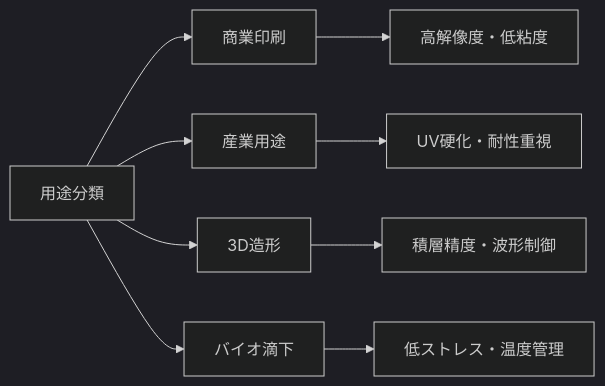
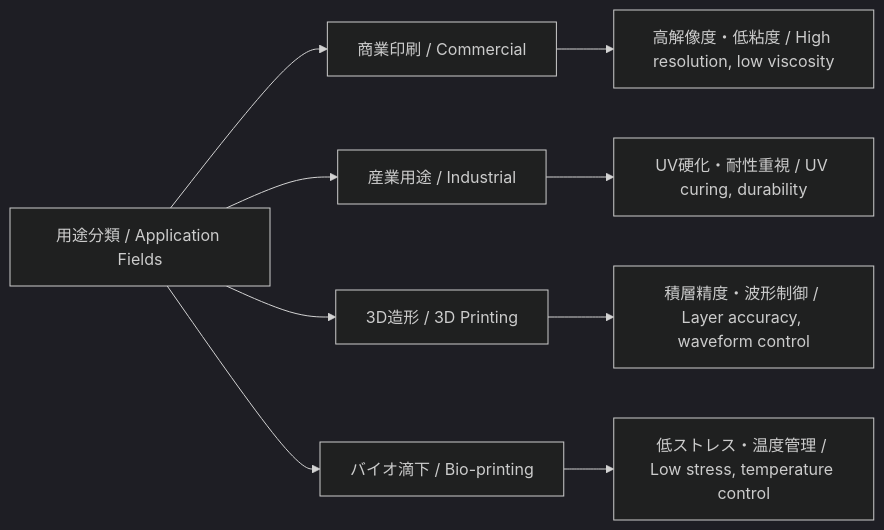
The diagram in comparison/usage_fields.md (Samizo-AITL/Inkjet), drawn with Mermaid (dark theme) before and after one commit. The commit also changed other lines of this file, not shown here.

````diff
--- a/comparison/usage_fields.md
+++ b/comparison/usage_fields.md
@@ -35,11 +45,11 @@
 ```mermaid
 graph LR
-  A[用途分類] --> B1[商業印刷]
-  A --> B2[産業用途]
-  A --> B3[3D造形]
-  A --> B4[バイオ滴下]
-  B1 --> C1[高解像度・低粘度]
-  B2 --> C2[UV硬化・耐性重視]
-  B3 --> C3[積層精度・波形制御]
-  B4 --> C4[低ストレス・温度管理]
+  A[用途分類 / Application Fields] --> B1[商業印刷 / Commercial]
+  A --> B2[産業用途 / Industrial]
+  A --> B3[3D造形 / 3D Printing]
+  A --> B4[バイオ滴下 / Bio-printing]
+  B1 --> C1[高解像度・低粘度 / High resolution, low viscosity]
+  B2 --> C2[UV硬化・耐性重視 / UV curing, durability]
+  B3 --> C3[積層精度・波形制御 / Layer accuracy, waveform control]
+  B4 --> C4[低ストレス・温度管理 / Low stress, temperature control]
 ```
````
